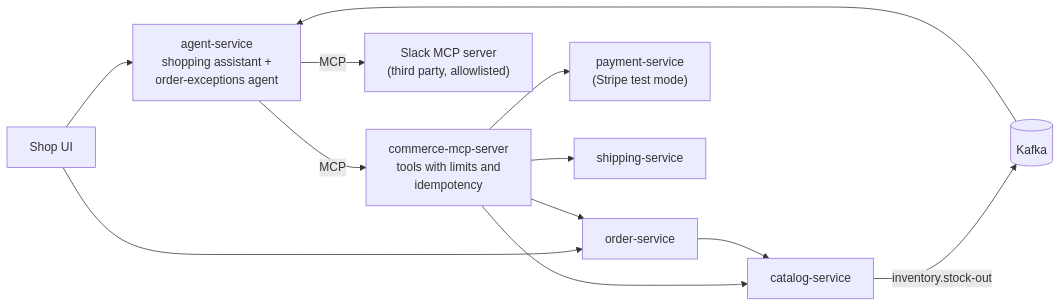
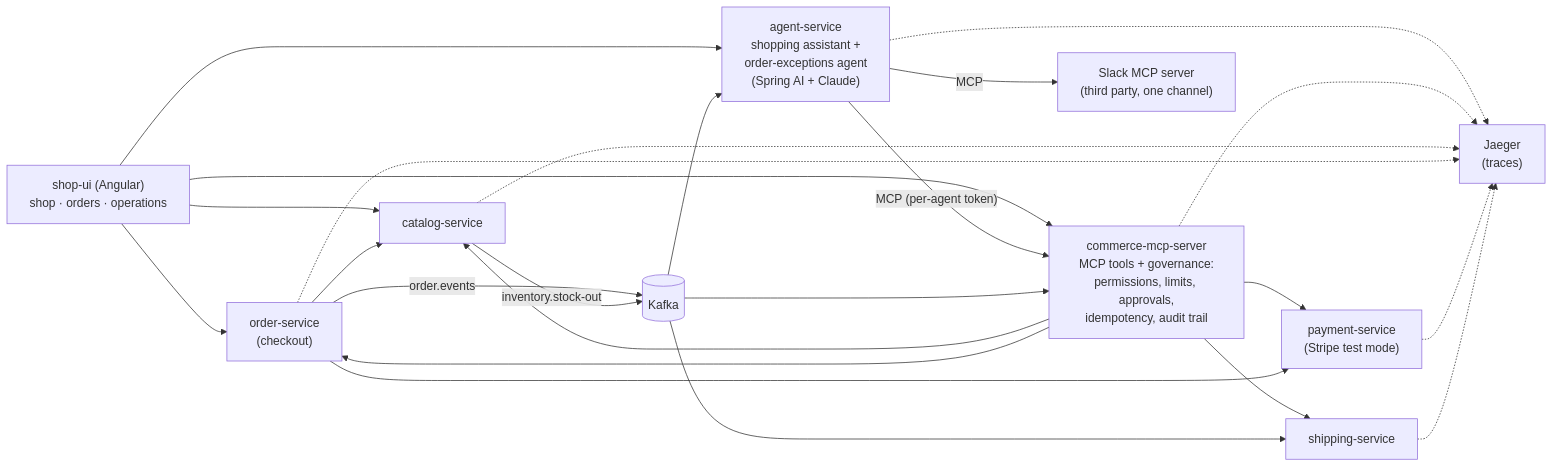
One commit to exepex/spring-ai-agentic-commerce changed the diagram in README.md. Above: the diagram before and after it, drawn with Mermaid. The commit also changed other lines of this file and 47 other files, not shown here.

First line of the commit message:
Add the UI, one-command Docker startup, agent evals and the full README

````diff
--- a/README.md
+++ b/README.md
@@ -27,21 +30,23 @@
 ```mermaid
 flowchart LR
-    ui["Shop UI"]
-    agent["agent-service<br/>shopping assistant +<br/>order-exceptions agent"]
-    mcp["commerce-mcp-server<br/>tools with limits and<br/>idempotency"]
-    slack["Slack MCP server<br/>(third party, allowlisted)"]
+    ui["shop-ui (Angular)<br/>shop · orders · operations"]
+    agent["agent-service<br/>shopping assistant +<br/>order-exceptions agent<br/>(Spring AI + Claude)"]
+    mcp["commerce-mcp-server<br/>MCP tools + governance:<br/>permissions, limits, approvals,<br/>idempotency, audit trail"]
+    slack["Slack MCP server<br/>(third party, one channel)"]
     catalog["catalog-service"]
-    orders["order-service"]
+    orders["order-service<br/>(checkout)"]
     payments["payment-service<br/>(Stripe test mode)"]
     shipping["shipping-service"]
     kafka[("Kafka")]
+    jaeger["Jaeger<br/>(traces)"]
 
-    ui --> agent
-    ui --> orders
-    agent -- MCP --> mcp
+    ui --> orders & catalog & agent & mcp
+    agent -- "MCP (per-agent token)" --> mcp
     agent -- MCP --> slack
     mcp --> catalog & orders & payments & shipping
-    orders --> catalog
-    catalog -- "inventory.stock-out" --> kafka
-    kafka --> agent
+    orders --> catalog & payments
+    orders -- order.events --> kafka
+    catalog -- inventory.stock-out --> kafka
+    kafka --> shipping & agent & mcp
+    agent & mcp & catalog & orders & payments & shipping -.-> jaeger
 ```
````
